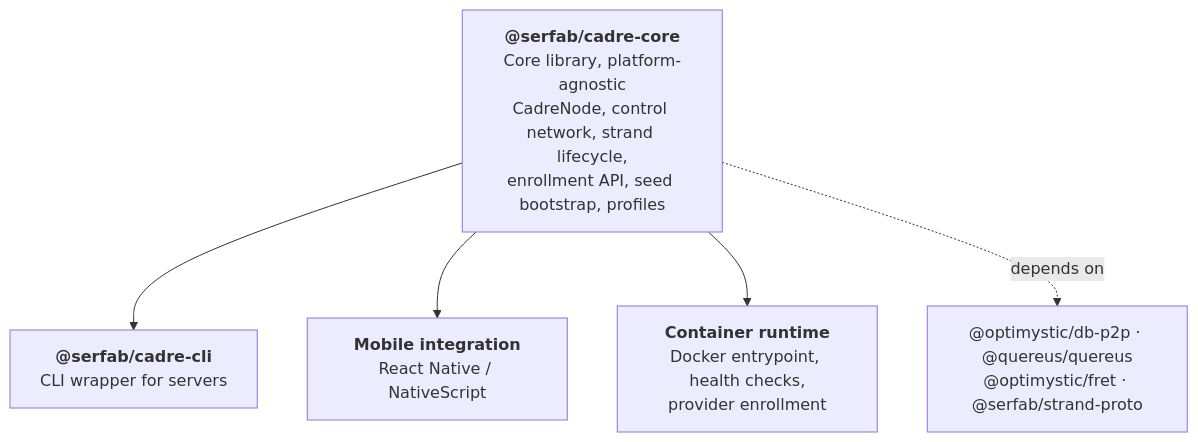
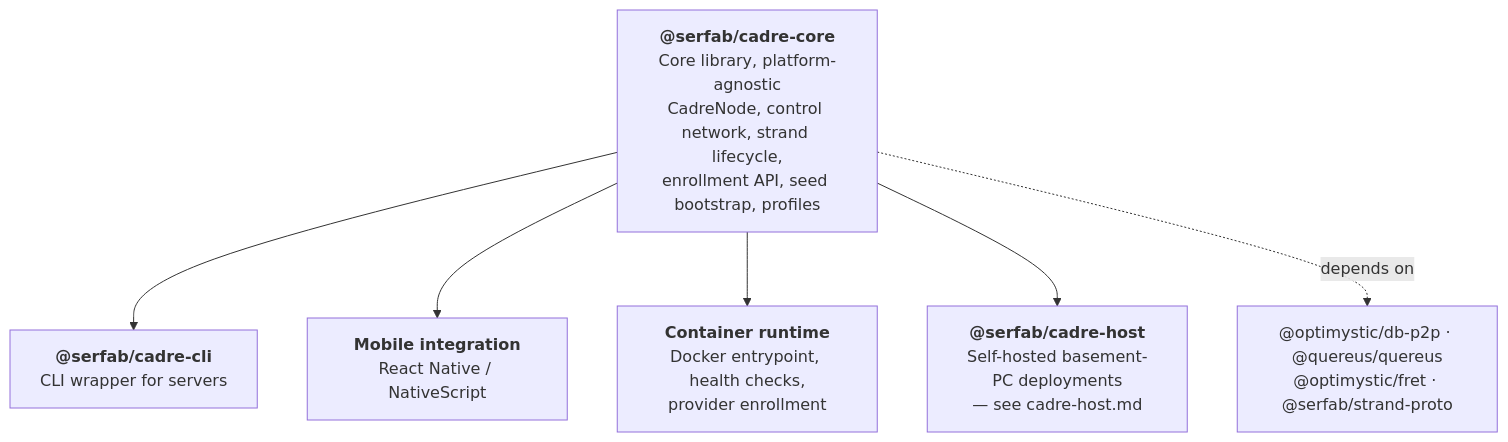
One commit to gotchoices/sereus changed diagram 12 of 12 in docs/architecture.md. Above: the diagram before and after it, drawn with Mermaid. The commit also changed other lines of this file and 13 other files, not shown here.

Commit message:
ticket(implement): cadre-host-package

````diff
--- a/docs/architecture.md
+++ b/docs/architecture.md
@@ -599,11 +599,13 @@
 ```mermaid
 graph TD
     CC["<b>@serfab/cadre-core</b><br/>Core library, platform-agnostic<br/>CadreNode, control network, strand lifecycle,<br/>enrollment API, seed bootstrap, profiles"]
     CLI["<b>@serfab/cadre-cli</b><br/>CLI wrapper for servers"]
     MOB["<b>Mobile integration</b><br/>React Native / NativeScript"]
     CTR["<b>Container runtime</b><br/>Docker entrypoint, health checks,<br/>provider enrollment"]
+    HOST["<b>@serfab/cadre-host</b><br/>Self-hosted basement-PC deployments<br/>— see cadre-host.md"]
     CC --> CLI
     CC --> MOB
     CC --> CTR
+    CC --> HOST
     CC -.->|depends on| DEP["@optimystic/db-p2p · @quereus/quereus<br/>@optimystic/fret · @serfab/strand-proto"]
 ```
````
